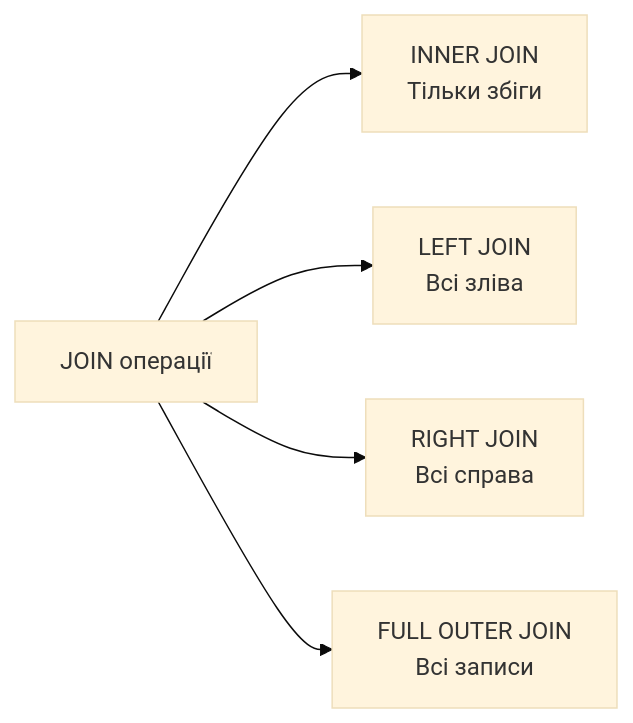
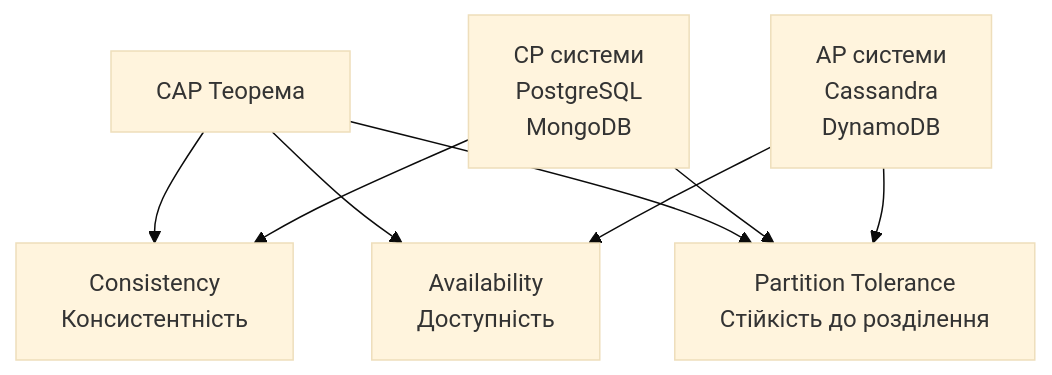
One commit to olroi421/course-opi changed the third of 9 diagrams in docs/presentations/presentation-10.md. Above: the diagram before and after it, drawn with Mermaid (base theme). The commit also changed other lines of this file and 1 other file, not shown here.

````diff
--- a/docs/presentations/presentation-10.md
+++ b/docs/presentations/presentation-10.md
@@ -240,7 +303,12 @@
 ```mermaid
-graph LR
-    A[JOIN операції] --> B[INNER JOIN<br/>Тільки збіги]
-    A --> C[LEFT JOIN<br/>Всі зліва]
-    A --> D[RIGHT JOIN<br/>Всі справа]
-    A --> E[FULL OUTER JOIN<br/>Всі записи]
+graph TB
+    A[CAP Теорема] --> B[Consistency<br/>Консистентність]
+    A --> C[Availability<br/>Доступність]
+    A --> D[Partition Tolerance<br/>Стійкість до розділення]
+
+    E[CP системи<br/>PostgreSQL<br/>MongoDB] --> B
+    E --> D
+
+    F[AP системи<br/>Cassandra<br/>DynamoDB] --> C
+    F --> D
 ```
````
